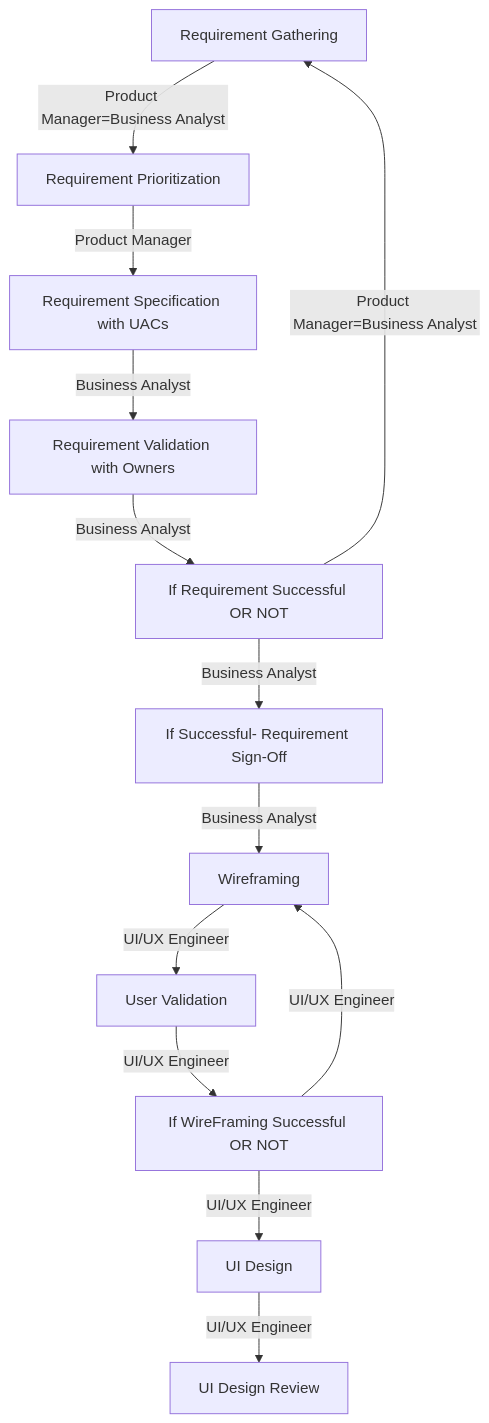
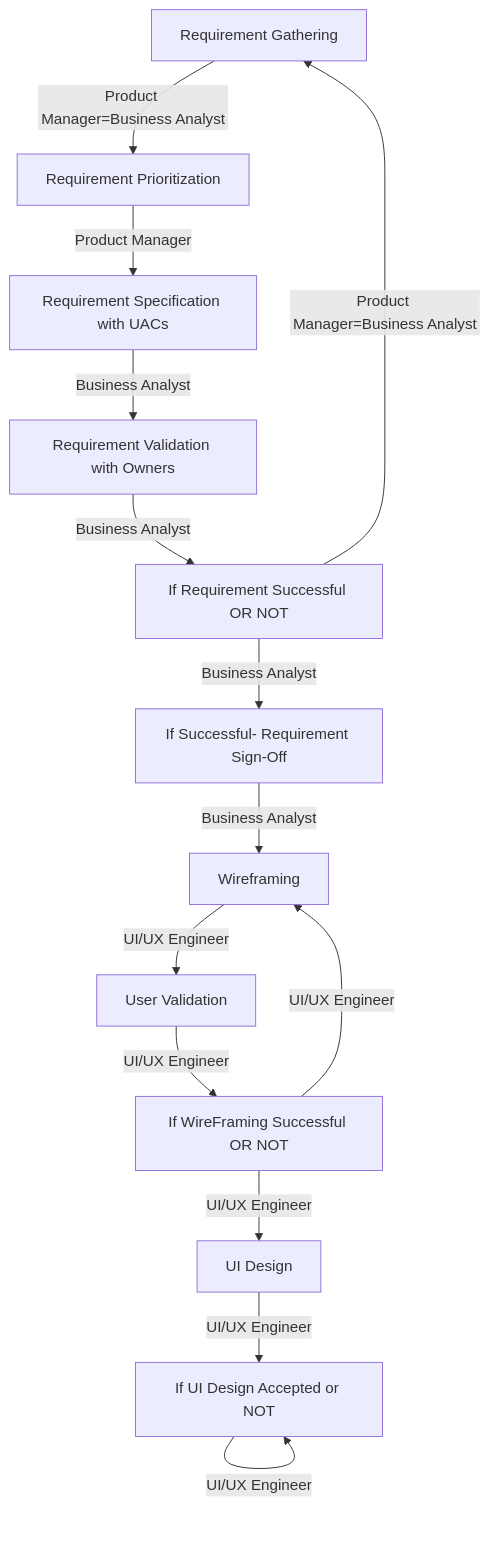
One commit to utpal-maiti/utpal-maiti changed the second of 2 diagrams in InterviewQuestionsAnswers/SDLC/README.md. Above: the diagram before and after it, drawn with Mermaid.

````diff
--- a/InterviewQuestionsAnswers/SDLC/README.md
+++ b/InterviewQuestionsAnswers/SDLC/README.md
@@ -23,22 +23,23 @@
 ```mermaid
 flowchart TD
     1[Requirement Gathering] -->|   Product Manager=Business Analyst     | 2[Requirement Prioritization]
     2[Requirement Prioritization] -->|  Product Manager   | 3[Requirement Specification with UACs]
     3[Requirement Specification with UACs] -->| Business Analyst | 4[Requirement Validation with Owners]
     4[Requirement Validation with Owners] -->| Business Analyst | 5[If Requirement Successful OR NOT]
     5[If Requirement Successful OR NOT] -->|  Product Manager=Business Analyst          | 1[Requirement Gathering]
     5[If Requirement Successful OR NOT] -->|   Business Analyst          | 6[If Successful- Requirement Sign-Off]
     6[If Successful- Requirement Sign-Off] -->|   Business Analyst          | 7[Wireframing]
 
     7[Wireframing] -->|   UI/UX Engineer          | 8[User Validation]
     8[User Validation] -->|   UI/UX Engineer          | 9[If WireFraming Successful OR NOT]
     9[If WireFraming Successful OR NOT]  -->|   UI/UX Engineer          | 7[Wireframing]
     9[If WireFraming Successful OR NOT] -->|   UI/UX Engineer          | 10[UI Design]
 
     10[UI Design] -->|   UI/UX Engineer          | 11[UI Design Review]
+    11 -->|   UI/UX Engineer          | 11[If UI Design Accepted or NOT]
 
 
 
 
 
 ```
````
